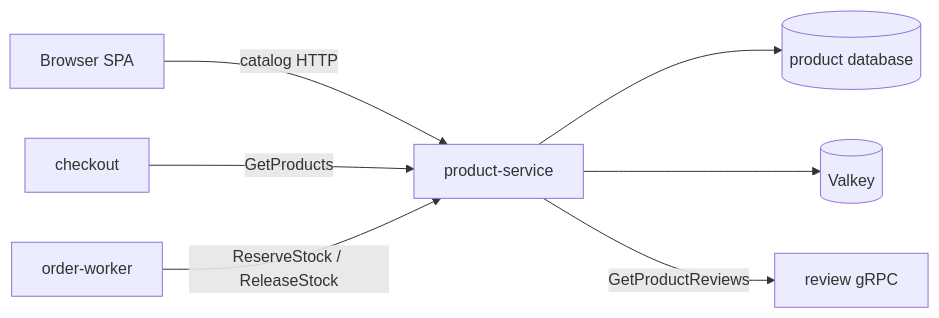
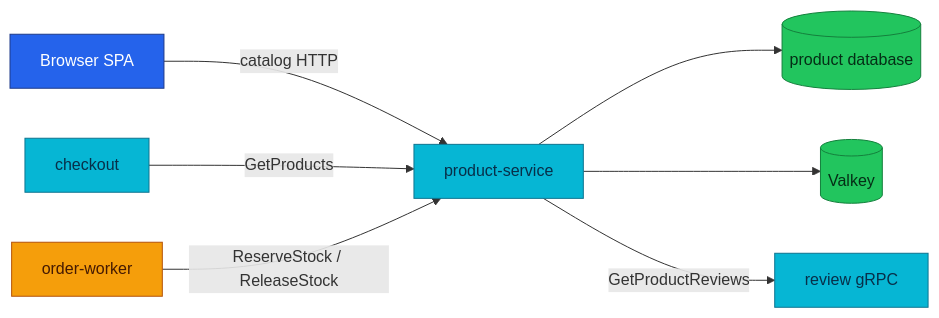
The diagram in docs/api/product.md (duynhlab/homelab), drawn with Mermaid before and after one commit. The commit also changed other lines of this file and 15 other files, not shown here.

First line of the commit message:
Improve API architecture diagrams (#513)

````diff
--- a/docs/api/product.md
+++ b/docs/api/product.md
@@ -21,9 +21,18 @@
 ```mermaid
 flowchart LR
     SPA[Browser SPA] -->|catalog HTTP| Product[product-service]
     Product --> DB[(product database)]
     Product --> Cache[(Valkey)]
     Product -->|GetProductReviews| Review[review gRPC]
     Checkout[checkout] -->|GetProducts| Product
     Worker[order-worker] -->|ReserveStock / ReleaseStock| Product
+
+    classDef edge fill:#2563eb,color:#fff,stroke:#1e3a8a;
+    classDef service fill:#06b6d4,color:#082f49,stroke:#0e7490;
+    classDef worker fill:#f59e0b,color:#451a03,stroke:#b45309;
+    classDef data fill:#22c55e,color:#052e16,stroke:#15803d;
+    class SPA edge;
+    class Product,Review,Checkout service;
+    class Worker worker;
+    class DB,Cache data;
 ```
````
